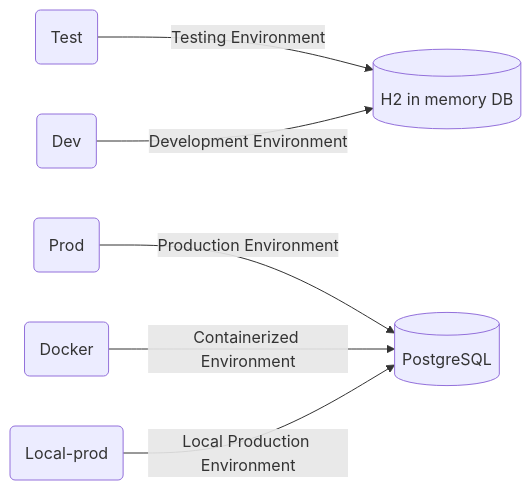
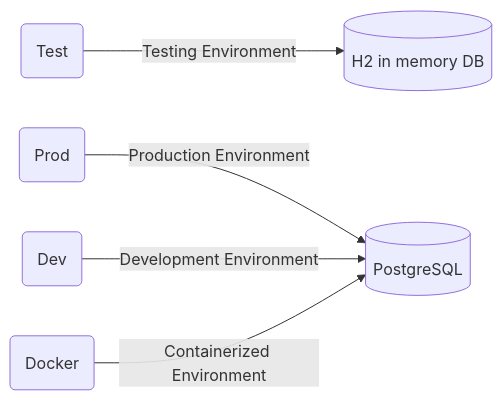
Before and after one commit to codeurjc-students/2025-MyMLB: the first of 2 diagrams in docs/DevelopmentGuide.md, drawn with Mermaid. The commit also changed other lines of this file, not shown here.

First line of the commit message:
Revise Dev profile and add analytics section

`````diff
--- a/docs/DevelopmentGuide.md
+++ b/docs/DevelopmentGuide.md
@@ -154,8 +157,7 @@
 ```mermaid
 flowchart LR
     A(Test) -- "Testing Environment" --> H[(H2 in memory DB)]
     B(Prod) -- "Production Environment" --> P[(PostgreSQL)]
-    C(Dev) -- "Development Environment" --> H
+    C(Dev) -- "Development Environment" --> P
     D(Docker) -- "Containerized Environment" --> P
-    E(Local-prod) -- "Local Production Environment" --> P
 ````
`````
